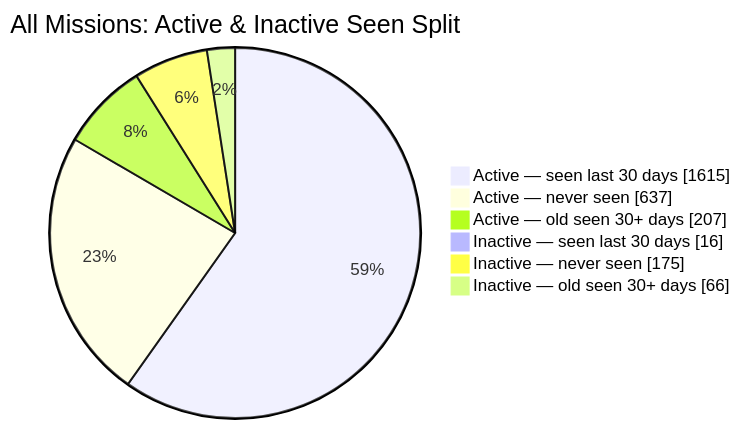
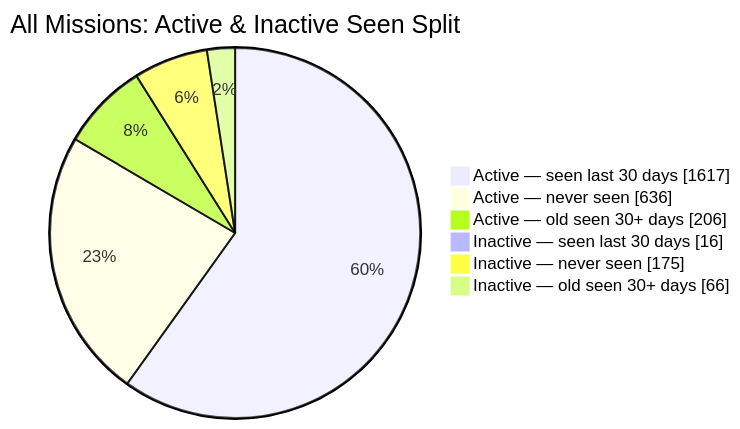
One commit to MeldkamerspelGameTeam/active-missions changed the second of 2 diagrams in README.md. Above: the diagram before and after it, drawn with Mermaid. The commit also changed other lines of this file and 3 other files, not shown here.

````diff
--- a/README.md
+++ b/README.md
@@ -44,10 +44,10 @@
 ```mermaid
 pie showData
     title All Missions: Active & Inactive Seen Split
-    "Active — seen last 30 days" : 1615
-    "Active — never seen" : 637
-    "Active — old seen 30+ days" : 207
+    "Active — seen last 30 days" : 1617
+    "Active — never seen" : 636
+    "Active — old seen 30+ days" : 206
     "Inactive — seen last 30 days" : 16
     "Inactive — never seen" : 175
     "Inactive — old seen 30+ days" : 66
 ```
````
